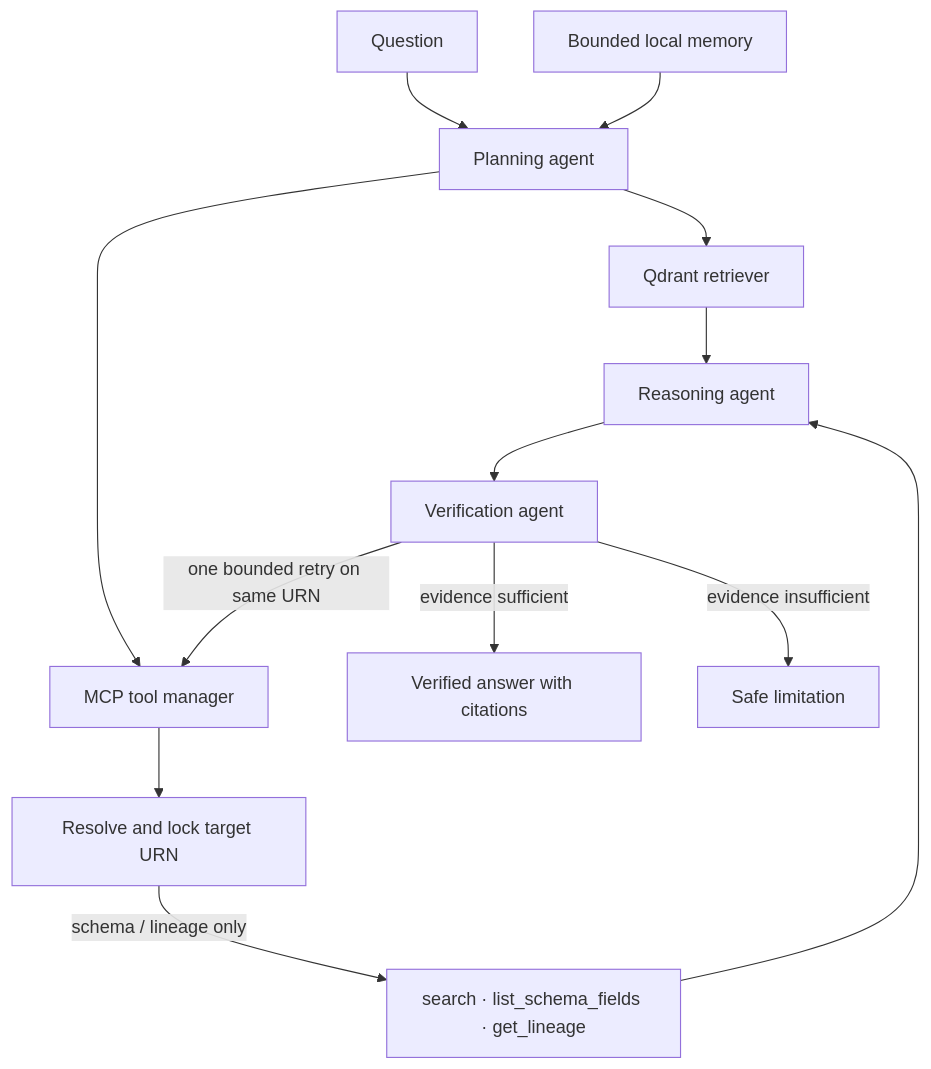
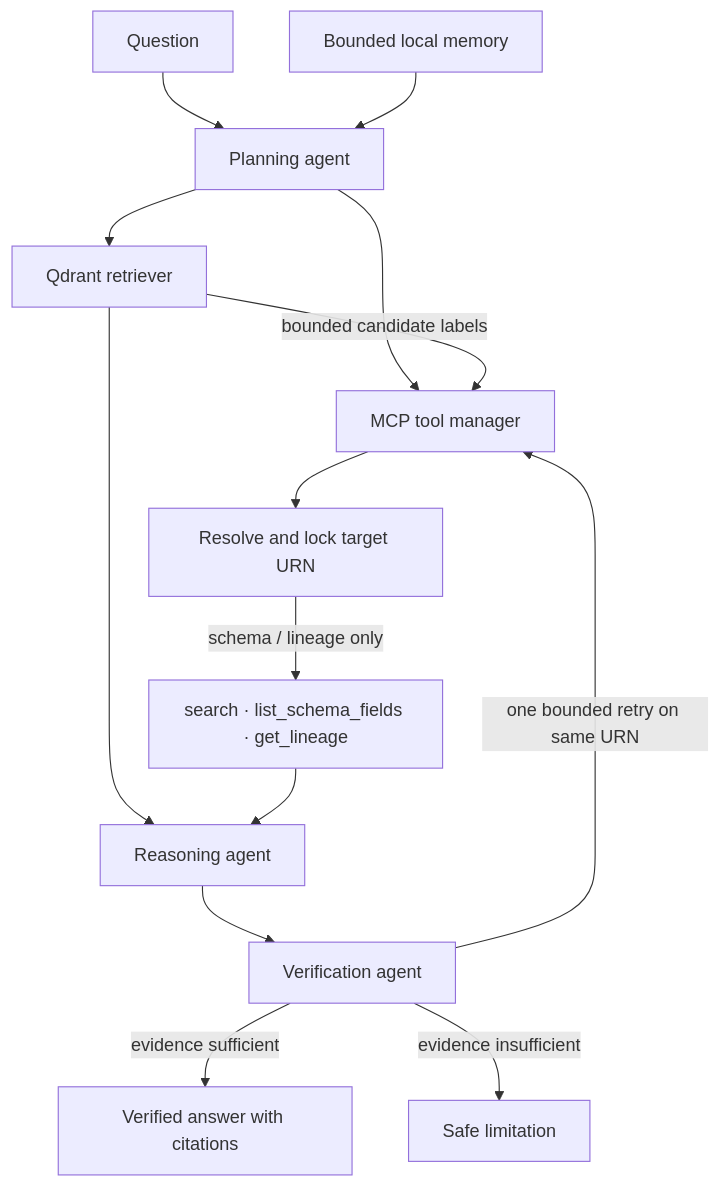
The second of 3 diagrams in README.md (omarfh111/LineageGuard-AI), drawn with Mermaid before and after one commit. The commit also changed other lines of this file and 33 other files, not shown here.

````diff
--- a/README.md
+++ b/README.md
@@ -57,15 +57,16 @@
 ```mermaid
 flowchart TD
     Q["Question"] --> P["Planning agent"]
     Memory["Bounded local memory"] --> P
     P --> R["Qdrant retriever"]
     P --> T["MCP tool manager"]
+    R -->|"bounded candidate labels"| T
     T --> Resolve["Resolve and lock target URN"]
     Resolve -->|"schema / lineage only"| Tools["search · list_schema_fields · get_lineage"]
     R --> Reason["Reasoning agent"]
     Tools --> Reason
     Reason --> Verify["Verification agent"]
     Verify -->|"one bounded retry on same URN"| T
     Verify -->|"evidence sufficient"| Answer["Verified answer with citations"]
     Verify -->|"evidence insufficient"| Limited["Safe limitation"]
 ```
````
